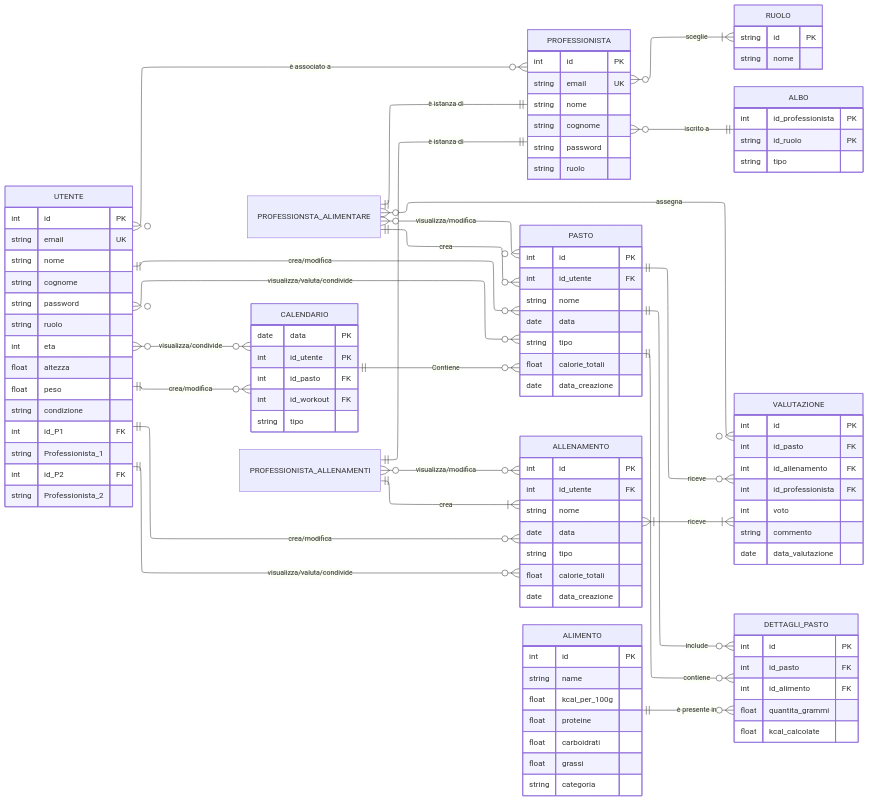
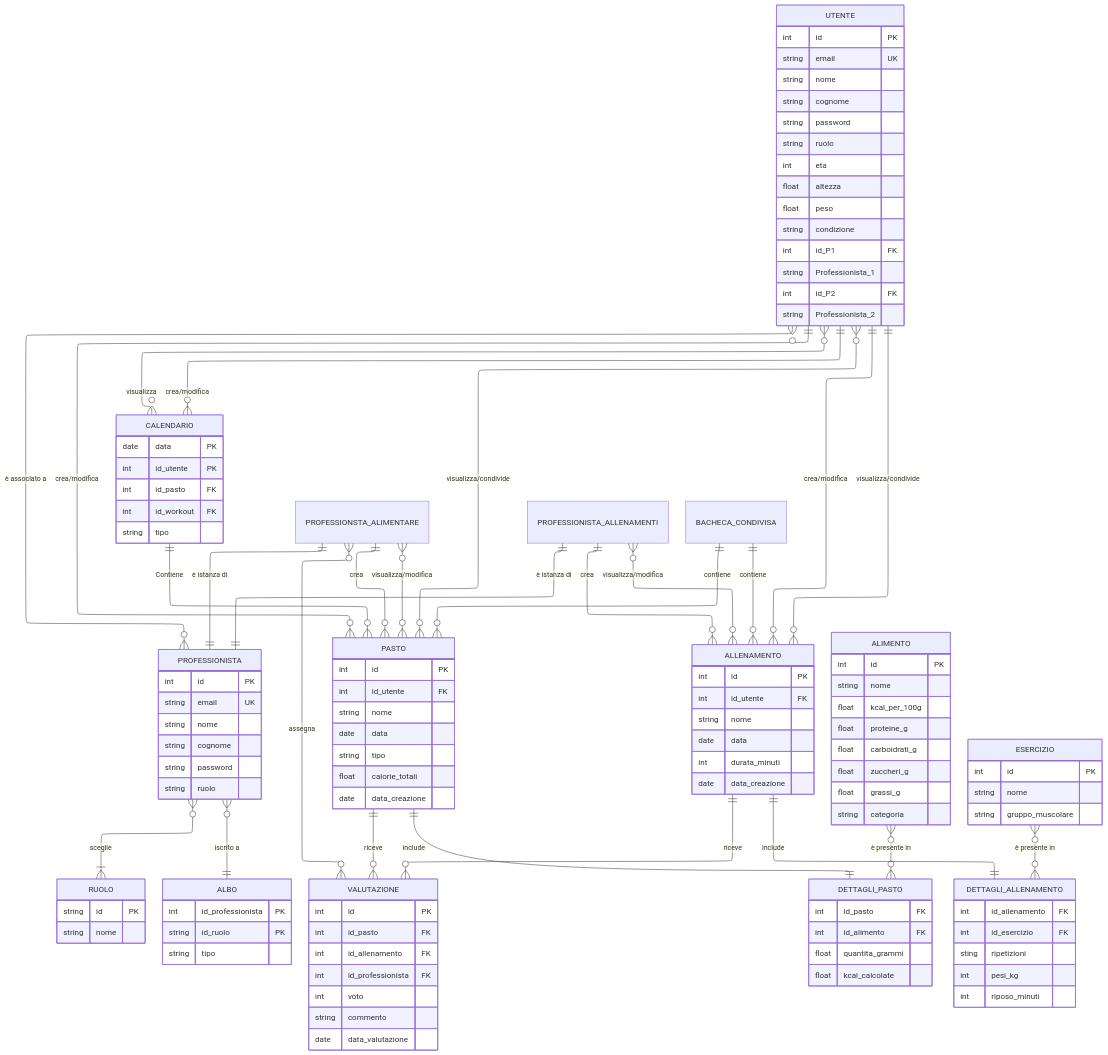
The diagram in Diagramma E-R HEIDI-2026-05-13-202013.mmd (palatore/Progetto-HE.I.DI.), drawn with Mermaid before and after one commit. The commit also changed 2 other files, not shown here.

Commit message:
Aggiornato diagramma e proposta

```diff
--- a/Diagramma E-R HEIDI-2026-05-13-202013.mmd
+++ b/Diagramma E-R HEIDI-2026-05-13-202013.mmd
@@ -1,129 +1,149 @@
 ---
 config:
   layout: elk
 ---
 erDiagram
-	direction LR
+	direction TB
 	UTENTE {
 		int id PK ""  
 		string email UK ""  
 		string nome  ""  
 		string cognome  ""  
 		string password  ""  
 		string ruolo  ""  
-		int eta ""
-		float altezza ""
-		float peso ""
+		int eta  ""  
+		float altezza  ""  
+		float peso  ""  
 		string condizione  ""  
 		int id_P1 FK ""  
 		string Professionista_1  ""  
 		int id_P2 FK ""  
 		string Professionista_2  ""  
 	}
 
 	PROFESSIONISTA {
 		int id PK ""  
 		string email UK ""  
 		string nome  ""  
 		string cognome  ""  
 		string password  ""  
 		string ruolo  ""  
 	}
 
 	RUOLO {
 		string id PK ""  
 		string nome  ""  
 	}
 
 	ALBO {
 		int id_professionista PK ""  
 		string id_ruolo PK ""  
 		string tipo  ""  
 	}
 
 	CALENDARIO {
 		date data PK ""  
 		int id_utente PK ""  
 		int id_pasto FK ""  
 		int id_workout FK ""  
 		string tipo  ""  
 	}
 
 	PASTO {
 		int id PK ""  
 		int id_utente FK ""  
 		string nome  ""  
 		date data  ""  
 		string tipo  ""  
 		float calorie_totali  ""  
 		date data_creazione  ""  
 	}
 
 	ALLENAMENTO {
 		int id PK ""  
 		int id_utente FK ""  
 		string nome  ""  
 		date data  ""  
-		string tipo  ""  
-		float calorie_totali  ""  
+		int durata_minuti  ""  
 		date data_creazione  ""  
 	}
 
 	VALUTAZIONE {
 		int id PK ""  
 		int id_pasto FK ""  
 		int id_allenamento FK ""  
 		int id_professionista FK ""  
 		int voto  ""  
 		string commento  ""  
 		date data_valutazione  ""  
 	}
 
 	DETTAGLI_PASTO {
-		int id PK ""  
 		int id_pasto FK ""  
 		int id_alimento FK ""  
 		float quantita_grammi  ""  
 		float kcal_calcolate  ""  
 	}
 
+	DETTAGLI_ALLENAMENTO {
+		int id_allenamento FK ""  
+		int id_esercizio FK ""  
+		sting ripetizioni  ""  
+		int pesi_kg  ""  
+		int riposo_minuti  ""  
+	}
+
 	ALIMENTO {
 		int id PK ""  
-		string name  ""  
+		string nome  ""  
 		float kcal_per_100g  ""  
-		float proteine  ""  
-		float carboidrati  ""  
-		float grassi  ""  
+		float proteine_g  ""  
+		float carboidrati_g  ""  
+		float zuccheri_g  ""  
+		float grassi_g  ""  
 		string categoria  ""  
+	}
+
+	ESERCIZIO {
+		int id PK ""  
+		string nome  ""  
+		string gruppo_muscolare  ""  
 	}
 
 	PROFESSIONSTA_ALIMENTARE {
 
 	}
 
 	PROFESSIONISTA_ALLENAMENTI {
 
 	}
 
+	BACHECA_CONDIVISA {
+
+	}
+
 	UTENTE||--o{PASTO:"crea/modifica"
-	UTENTE}o--o{PASTO:"visualizza/valuta/condivide"
+	UTENTE}o--o{PASTO:"visualizza/condivide"
 	UTENTE||--o{ALLENAMENTO:"crea/modifica"
-	UTENTE||--o{ALLENAMENTO:"visualizza/valuta/condivide"
+	UTENTE||--o{ALLENAMENTO:"visualizza/condivide"
 	UTENTE||--o{CALENDARIO:"crea/modifica"
-	UTENTE}o--o{CALENDARIO:"visualizza/condivide"
+	UTENTE}o--o{CALENDARIO:"visualizza"
 	UTENTE}o--o{PROFESSIONISTA:"è associato a"
 	PROFESSIONSTA_ALIMENTARE}o--o{VALUTAZIONE:"assegna"
 	PROFESSIONSTA_ALIMENTARE||--||PROFESSIONISTA:"è istanza di"
 	PROFESSIONISTA_ALLENAMENTI||--||PROFESSIONISTA:"è istanza di"
 	PASTO||--o{VALUTAZIONE:"riceve"
-	PASTO||--o{DETTAGLI_PASTO:"contiene"
-	PASTO||--o{DETTAGLI_PASTO:"include"
-	ALIMENTO||--o{DETTAGLI_PASTO:"è presente in"
+	PASTO||--||DETTAGLI_PASTO:"include"
+	ALIMENTO}o--o{DETTAGLI_PASTO:"è presente in"
 	CALENDARIO||--o{PASTO:"Contiene"
 	PROFESSIONISTA}o--|{RUOLO:"sceglie"
 	PROFESSIONSTA_ALIMENTARE||--o{PASTO:"crea"
 	PROFESSIONSTA_ALIMENTARE}o--o{PASTO:"visualizza/modifica"
-	PROFESSIONISTA_ALLENAMENTI||--|{ALLENAMENTO:"crea"
+	PROFESSIONISTA_ALLENAMENTI||--o{ALLENAMENTO:"crea"
 	PROFESSIONISTA_ALLENAMENTI}o--o{ALLENAMENTO:"visualizza/modifica"
 	PROFESSIONISTA}o--||ALBO:"iscrito a"
-	ALLENAMENTO}|--|{VALUTAZIONE:"riceve"
+	ALLENAMENTO||--o{VALUTAZIONE:"riceve"
+	ALLENAMENTO||--||DETTAGLI_ALLENAMENTO:"include"
+	ESERCIZIO}o--o{DETTAGLI_ALLENAMENTO:"è presente in"
+	BACHECA_CONDIVISA||--o{PASTO:"contiene"
+	BACHECA_CONDIVISA||--o{ALLENAMENTO:"contiene"
```
